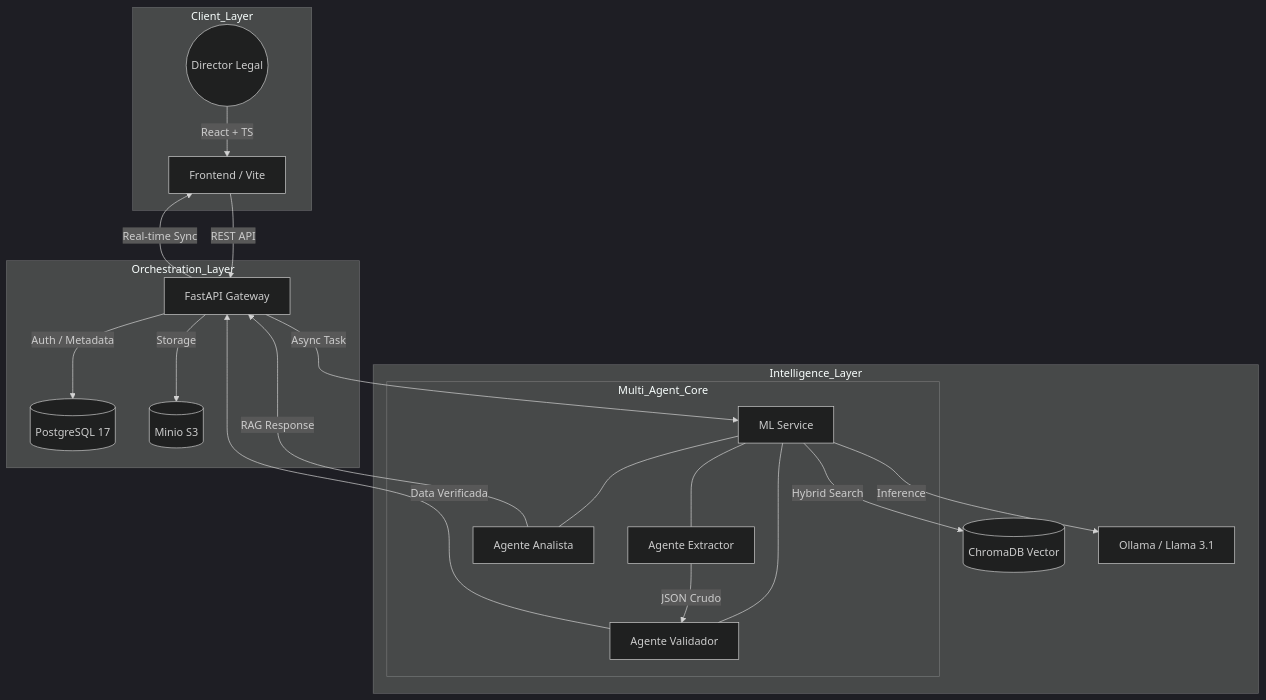
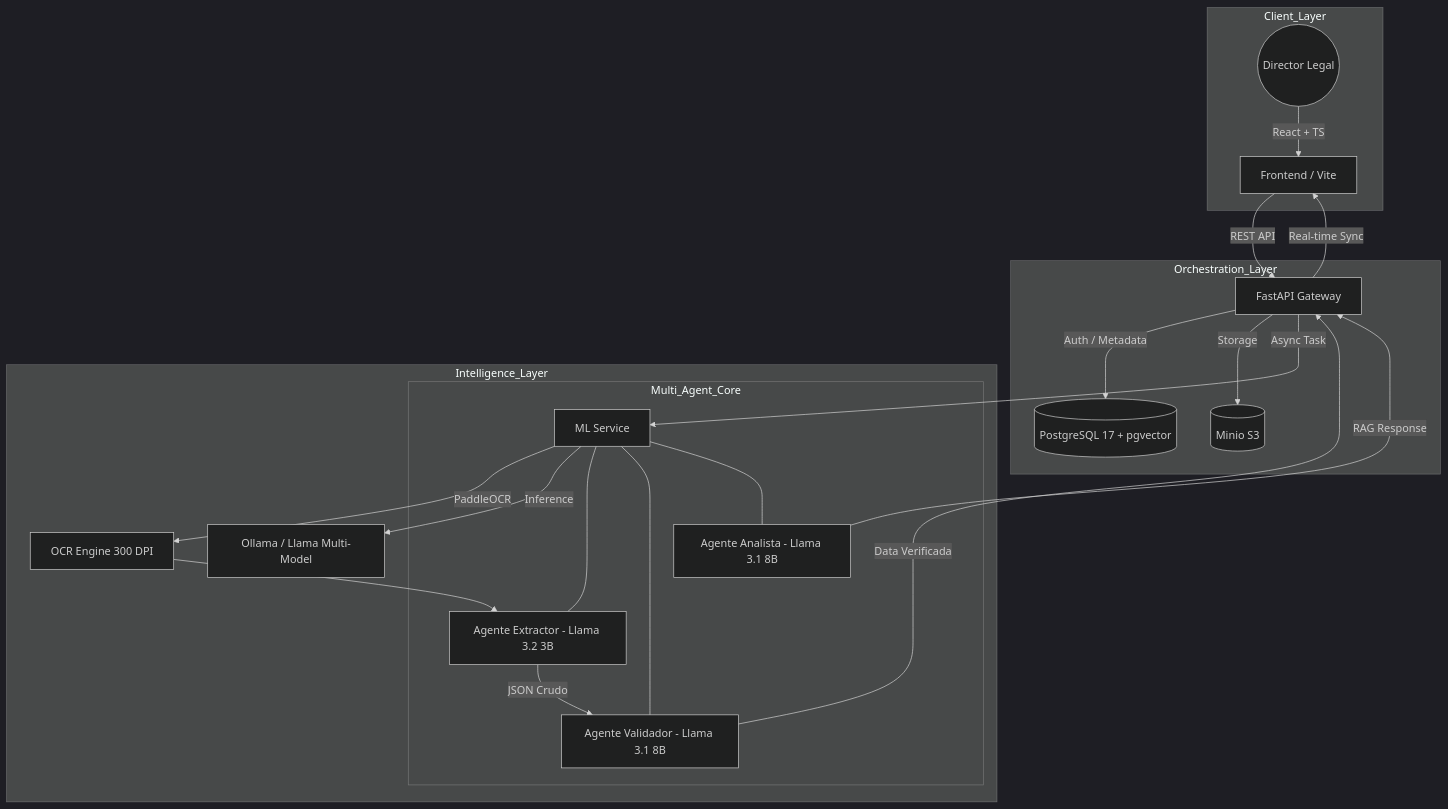
The diagram in README.md (Yosesotomayor/OCR_project), drawn with Mermaid (dark theme) before and after one commit. The commit also changed other lines of this file and 1 other file, not shown here.

Commit message:
feat: implement schema-first extraction for consistent dates

````diff
--- a/README.md
+++ b/README.md
@@ -13,29 +18,30 @@
 ```mermaid
 graph TD
     subgraph Client_Layer
         User((Director Legal)) -->|React + TS| FE[Frontend / Vite]
     end
 
     subgraph Orchestration_Layer
         FE -->|REST API| BE[FastAPI Gateway]
-        BE -->|Auth / Metadata| PG[(PostgreSQL 17)]
+        BE -->|Auth / Metadata| PG[(PostgreSQL 17 + pgvector)]
         BE -->|Storage| S3[(Minio S3)]
     end
 
     subgraph Intelligence_Layer
         BE -->|Async Task| ML[ML Service]
-        ML -->|Hybrid Search| CDB[(ChromaDB Vector)]
-        ML -->|Inference| OLL[Ollama / Llama 3.1]
+        ML -->|PaddleOCR| OCR[OCR Engine 300 DPI]
+        ML -->|Inference| OLL[Ollama / Llama Multi-Model]
       
         subgraph Multi_Agent_Core
-            ML --- AE[Agente Extractor]
-            ML --- AV[Agente Validador]
-            ML --- AA[Agente Analista]
+            ML --- AE[Agente Extractor - Llama 3.2 3B]
+            ML --- AV[Agente Validador - Llama 3.1 8B]
+            ML --- AA[Agente Analista - Llama 3.1 8B]
         end
     end
 
+    OCR --> AE
     AE -->|JSON Crudo| AV
     AV -->|Data Verificada| BE
     AA -->|RAG Response| BE
     BE -->|Real-time Sync| FE
 ```
````
